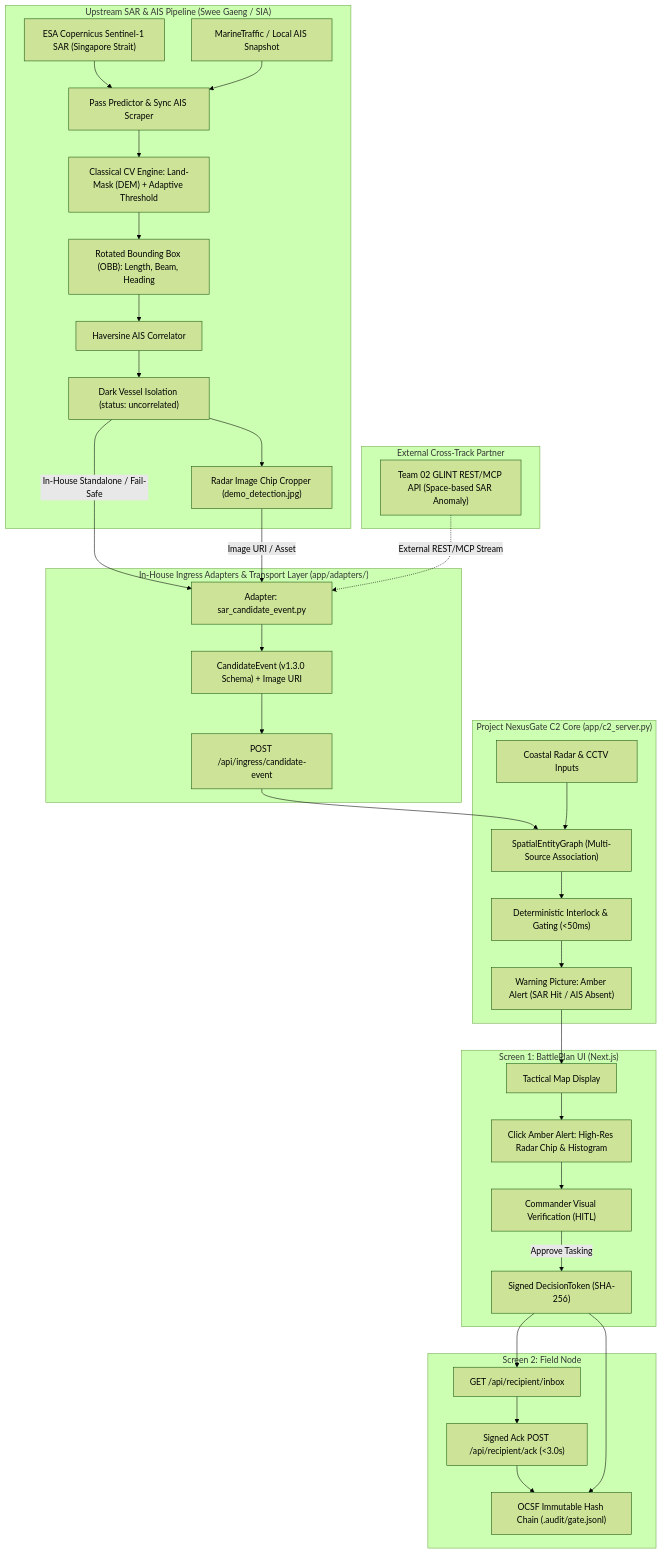
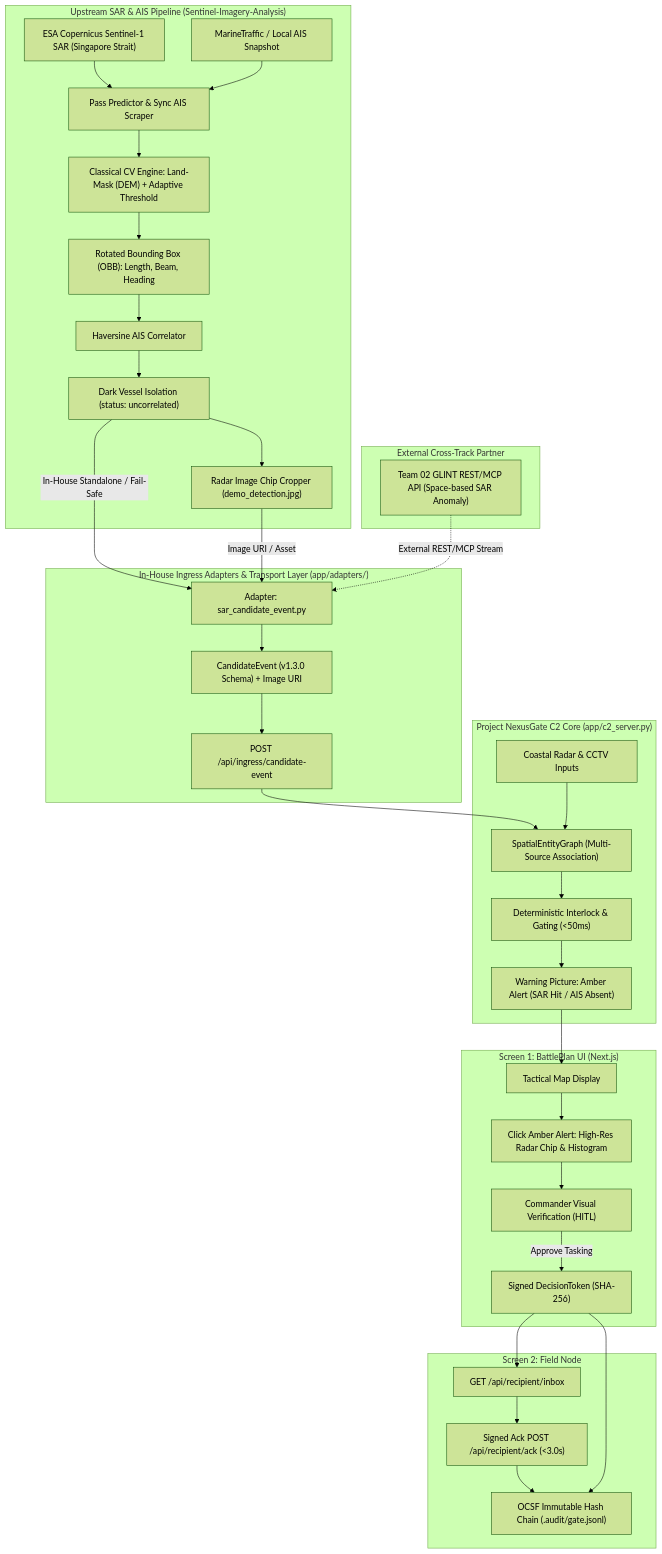
Before and after one commit to edgesentry/sdth-nexus-c2: the first of 2 diagrams in docs/architecture/sar_pipeline.md, drawn with Mermaid (forest theme). The commit also changed other lines of this file and 1 other file, not shown here.

Commit message:
docs: replace personal names with role and repository references in SAR docs

````diff
--- a/docs/architecture/sar_pipeline.md
+++ b/docs/architecture/sar_pipeline.md
@@ -23,46 +23,46 @@
 ```mermaid
 flowchart TD
-    subgraph UpstreamSAR ["Upstream SAR & AIS Pipeline (Swee Gaeng / SIA)"]
+    subgraph UpstreamSAR ["Upstream SAR & AIS Pipeline (Sentinel-Imagery-Analysis)"]
         S1["ESA Copernicus Sentinel-1 SAR (Singapore Strait)"] --> PRE["Pass Predictor & Sync AIS Scraper"]
         AIS["MarineTraffic / Local AIS Snapshot"] --> PRE
         PRE --> CV["Classical CV Engine: Land-Mask (DEM) + Adaptive Threshold"]
         CV --> OBB["Rotated Bounding Box (OBB): Length, Beam, Heading"]
         OBB --> CORR["Haversine AIS Correlator"]
         CORR --> DARK["Dark Vessel Isolation (status: uncorrelated)"]
         DARK --> CHIP["Radar Image Chip Cropper (demo_detection.jpg)"]
     end
 
     subgraph ExternalPartner ["External Cross-Track Partner"]
         GLINT["Team 02 GLINT REST/MCP API (Space-based SAR Anomaly)"]
     end
 
     subgraph IngressBridge ["In-House Ingress Adapters & Transport Layer (app/adapters/)"]
         ADAPT["Adapter: sar_candidate_event.py"]
         DARK -->|"In-House Standalone / Fail-Safe"| ADAPT
         CHIP -->|"Image URI / Asset"| ADAPT
         GLINT -.->|"External REST/MCP Stream"| ADAPT
         ADAPT --> PAYLOAD["CandidateEvent (v1.3.0 Schema) + Image URI"]
         PAYLOAD --> C2_INGRESS["POST /api/ingress/candidate-event"]
     end
 
     subgraph NexusGateC2 ["Project NexusGate C2 Core (app/c2_server.py)"]
         C2_INGRESS --> GRAPH["SpatialEntityGraph (Multi-Source Association)"]
         COASTAL["Coastal Radar & CCTV Inputs"] --> GRAPH
         GRAPH --> INTERLOCK["Deterministic Interlock & Gating (<50ms)"]
         INTERLOCK --> WARN["Warning Picture: Amber Alert (SAR Hit / AIS Absent)"]
     end
 
     subgraph OperatorCockpit ["Screen 1: BattlePlan UI (Next.js)"]
         WARN --> COCKPIT["Tactical Map Display"]
         COCKPIT --> MODAL["Click Amber Alert: High-Res Radar Chip & Histogram"]
         MODAL --> HITL["Commander Visual Verification (HITL)"]
         HITL -->|Approve Tasking| TOKEN["Signed DecisionToken (SHA-256)"]
     end
 
     subgraph EffectorAck ["Screen 2: Field Node"]
         TOKEN --> INBOX["GET /api/recipient/inbox"]
         INBOX --> ACK["Signed Ack POST /api/recipient/ack (<3.0s)"]
         ACK --> AUDIT["OCSF Immutable Hash Chain (.audit/gate.jsonl)"]
         TOKEN --> AUDIT
     end
 ```
````
